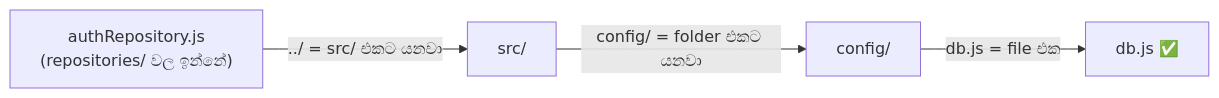
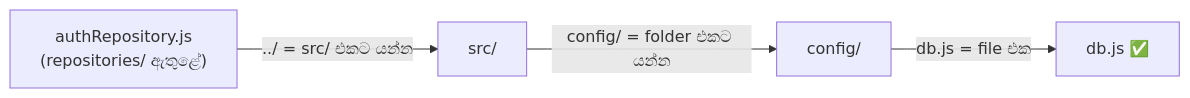
Diagram 16 of 33 in backend/sinhala-translation-document/README.md (Nimsika-Bosilu/designHer_2.0-Student-Attendance-Management-System), drawn with Mermaid before and after one commit. The commit also changed other lines of this file and 28 other files, not shown here.

````diff
--- a/backend/sinhala-translation-document/README.md
+++ b/backend/sinhala-translation-document/README.md
@@ -608,6 +788,6 @@
 ```mermaid
 flowchart LR
-    A["authRepository.js\n(repositories/ වල ඉන්නේ)"] -->|"../ = src/ එකට යනවා"| B["src/"]
-    B -->|"config/ = folder එකට යනවා"| C["config/"]
+    A["authRepository.js\n(repositories/ ඇතුළේ)"] -->|"../ = src/ එකට යන්න"| B["src/"]
+    B -->|"config/ = folder එකට යන්න"| C["config/"]
     C -->|"db.js = file එක"| D["db.js ✅"]
 ```
````
